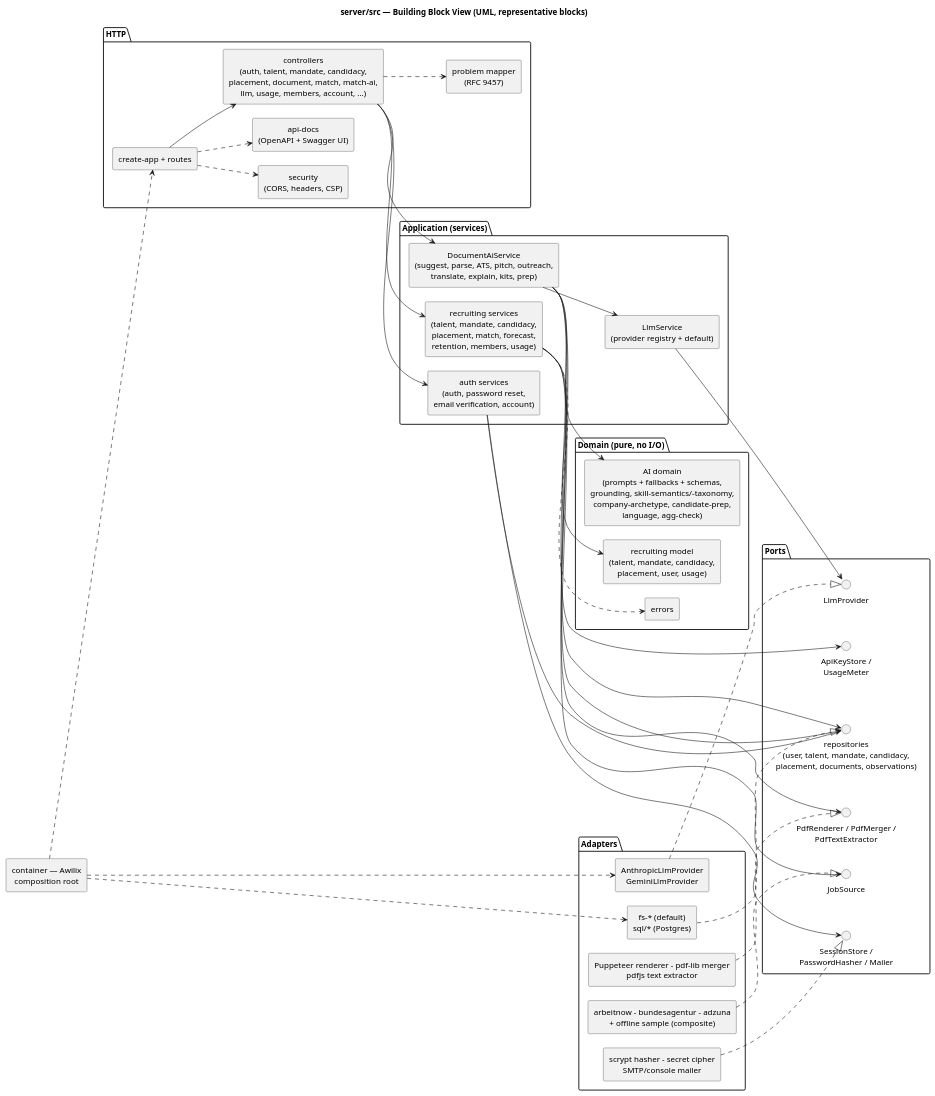
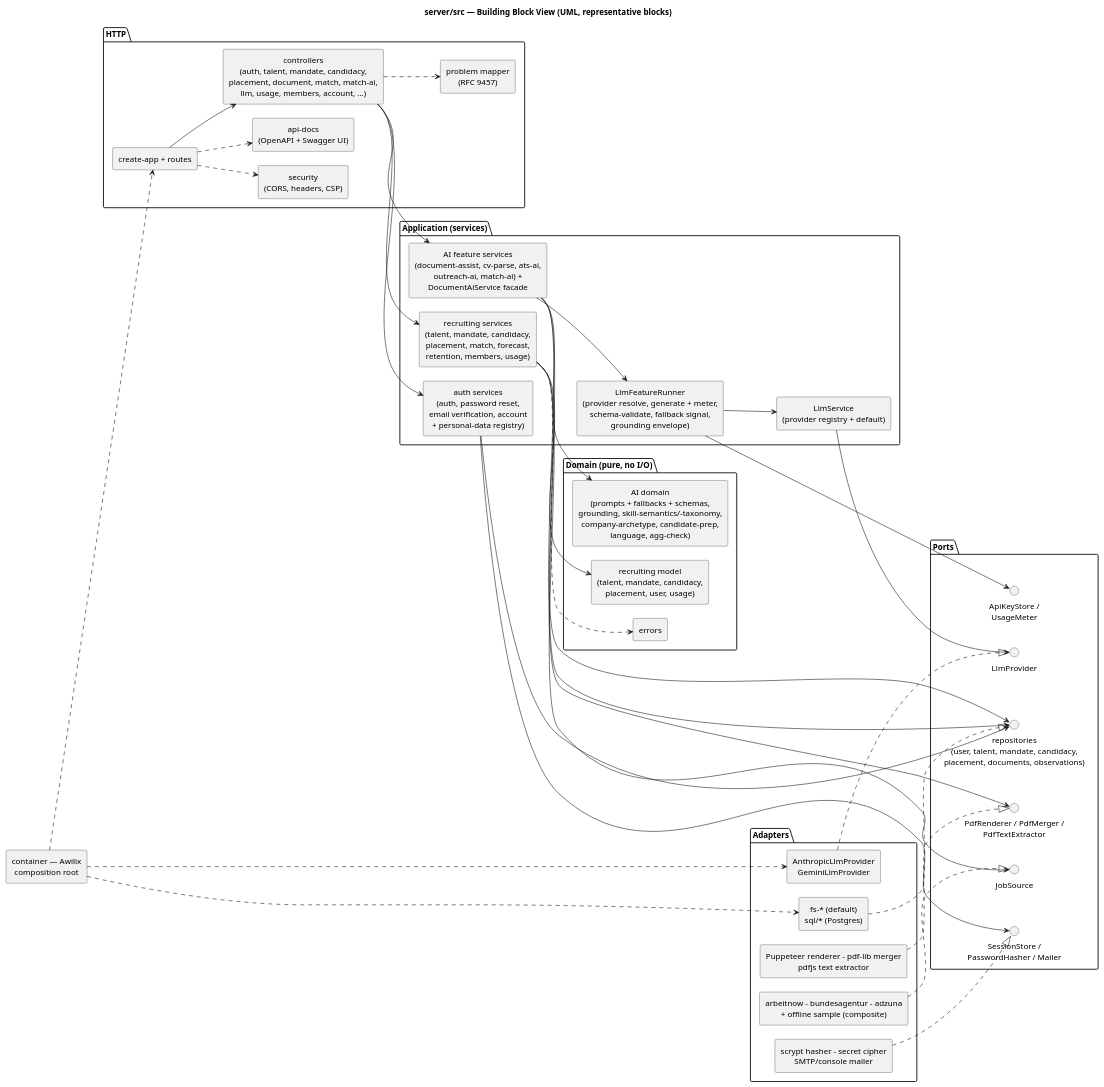
One commit to NexusHero/Resume changed the diagram in docs/umls/05_building_blocks.puml. Above: the diagram before and after it, drawn with PlantUML. The commit also changed 11 other files, not shown here.

First line of the commit message:
docs(uml): update building blocks for runner split + add 5 sequence diagrams

```diff
--- a/docs/umls/05_building_blocks.puml
+++ b/docs/umls/05_building_blocks.puml
@@ -1,81 +1,83 @@
 @startuml 05_building_blocks
 title server/src — Building Block View (UML, representative blocks)
 
 skinparam shadowing false
 skinparam componentStyle rectangle
 skinparam defaultTextAlignment center
 skinparam nodesep 25
 skinparam ranksep 45
 left to right direction
 
 package "HTTP" {
   [create-app + routes] as App
   [controllers\n(auth, talent, mandate, candidacy,\nplacement, document, match, match-ai,\nllm, usage, members, account, ...)] as Ctrl
   [problem mapper\n(RFC 9457)] as Problem
   [security\n(CORS, headers, CSP)] as Security
   [api-docs\n(OpenAPI + Swagger UI)] as Docs
 }
 
 package "Application (services)" {
-  [DocumentAiService\n(suggest, parse, ATS, pitch, outreach,\ntranslate, explain, kits, prep)] as AiSvc
+  [LlmFeatureRunner\n(provider resolve, generate + meter,\nschema-validate, fallback signal,\ngrounding envelope)] as Runner
+  [AI feature services\n(document-assist, cv-parse, ats-ai,\noutreach-ai, match-ai) +\nDocumentAiService facade] as AiSvc
   [recruiting services\n(talent, mandate, candidacy,\nplacement, match, forecast,\nretention, members, usage)] as RecSvc
-  [auth services\n(auth, password reset,\nemail verification, account)] as AuthSvc
+  [auth services\n(auth, password reset,\nemail verification, account\n+ personal-data registry)] as AuthSvc
   [LlmService\n(provider registry + default)] as LlmSvc
 }
 
 package "Domain (pure, no I/O)" {
   [recruiting model\n(talent, mandate, candidacy,\nplacement, user, usage)] as Model
   [AI domain\n(prompts + fallbacks + schemas,\ngrounding, skill-semantics/-taxonomy,\ncompany-archetype, candidate-prep,\nlanguage, agg-check)] as AiDomain
   [errors] as DomainErrors
 }
 
 package "Ports" {
   interface "repositories\n(user, talent, mandate, candidacy,\nplacement, documents, observations)" as Repos
   interface LlmProvider
   interface "ApiKeyStore /\nUsageMeter" as Keys
   interface "SessionStore /\nPasswordHasher / Mailer" as AuthPorts
   interface "PdfRenderer / PdfMerger /\nPdfTextExtractor" as PdfPorts
   interface JobSource
 }
 
 package "Adapters" {
   [fs-* (default)\nsql/* (Postgres)] as StoreAdapters
   [AnthropicLlmProvider\nGeminiLlmProvider] as LlmAdapters
   [scrypt hasher - secret cipher\nSMTP/console mailer] as AuthAdapters
   [Puppeteer renderer - pdf-lib merger\npdfjs text extractor] as PdfAdapters
   [arbeitnow - bundesagentur - adzuna\n+ offline sample (composite)] as JobAdapters
 }
 
 [container — Awilix\ncomposition root] as Container
 
 App --> Ctrl
 App ..> Security
 App ..> Docs
 Ctrl ..> Problem
 Ctrl --> AiSvc
 Ctrl --> RecSvc
 Ctrl --> AuthSvc
-AiSvc --> LlmSvc
+AiSvc --> Runner
+Runner --> LlmSvc
+Runner --> Keys
 AiSvc --> AiDomain
-AiSvc --> Keys
 RecSvc --> Model
 AuthSvc --> AuthPorts
 AiSvc --> Repos
 RecSvc --> Repos
 AuthSvc --> Repos
 RecSvc ..> DomainErrors
 AiSvc --> PdfPorts
 RecSvc --> JobSource
 LlmSvc --> LlmProvider
 
 StoreAdapters ..|> Repos
 LlmAdapters ..|> LlmProvider
 AuthAdapters ..|> AuthPorts
 PdfAdapters ..|> PdfPorts
 JobAdapters ..|> JobSource
 
 Container ..> StoreAdapters
 Container ..> LlmAdapters
 Container ..> App
 
 @enduml
```
